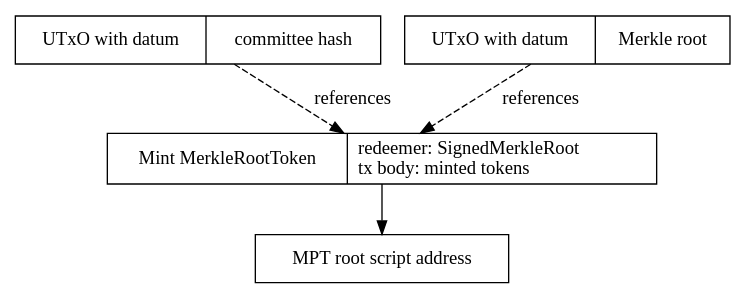
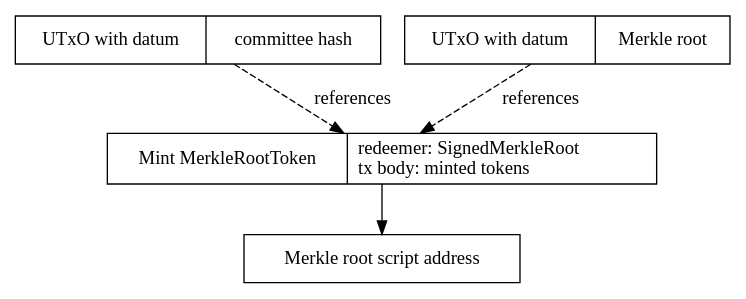
One commit to input-output-hk/partner-chains-smart-contracts changed the diagram in docs/Spec/MerkleRoot.dot. Above: the diagram before and after it, drawn with Graphviz. The commit also changed 7 other files, not shown here.

Commit message:
Fixed missed refactors of 'mptRoot', etc. to 'merkleRoot' etc.

```diff
--- a/docs/Spec/MerkleRoot.dot
+++ b/docs/Spec/MerkleRoot.dot
@@ -1,28 +1,28 @@
 strict digraph {
   node [shape=record]
 
 //  atmsVKey [
 //    label = "UTxO with datum | ATMS verification key"
 //    ]
 
   atmsVKey [
     label = "UTxO with datum | committee hash"
     ]
 
   lastMerkleRoot [
     label = "UTxO with datum | Merkle root"
     ]
 
   mintToken [label =
     "Mint MerkleRootToken |
       redeemer: SignedMerkleRoot \l
       tx body: minted tokens\l
     "]
 
-  merkleRootAddr [label = "MPT root script address"]
+  merkleRootAddr [label = "Merkle root script address"]
 
   atmsVKey -> mintToken [style = dashed, label = "references"]
   lastMerkleRoot -> mintToken [style = dashed, label = "references"]
   mintToken -> merkleRootAddr
 
 }
```
